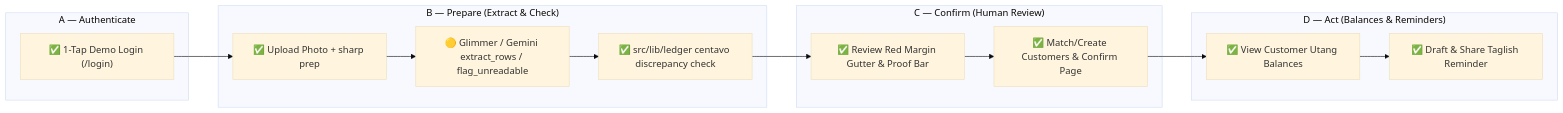
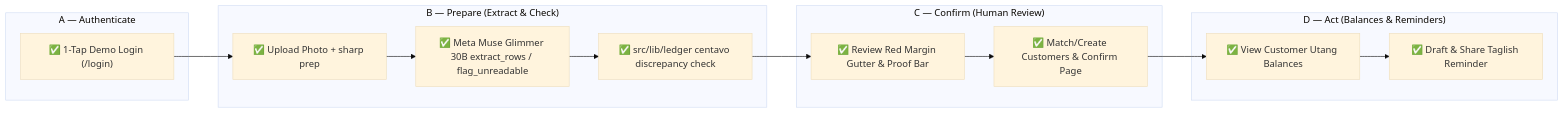
The second of 5 diagrams in docs/flow.md (ejay-detera/talaan), drawn with Mermaid (base theme) before and after one commit. The commit also changed other lines of this file and 30 other files, not shown here.

Commit message:
refactor: retire gemini fallback and standardize documentation for meta muse glimmer 30b

````diff
--- a/docs/flow.md
+++ b/docs/flow.md
@@ -44,20 +44,20 @@
 ```mermaid
 flowchart LR
   subgraph A ["A — Authenticate"]
     A1["✅ 1-Tap Demo Login (/login)"]
   end
   subgraph B ["B — Prepare (Extract & Check)"]
     B1["✅ Upload Photo + sharp prep"]
-    B2["🟡 Glimmer / Gemini extract_rows / flag_unreadable"]
+    B2["✅ Meta Muse Glimmer 30B extract_rows / flag_unreadable"]
     B3["✅ src/lib/ledger centavo discrepancy check"]
   end
   subgraph C ["C — Confirm (Human Review)"]
     C1["✅ Review Red Margin Gutter & Proof Bar"]
     C2["✅ Match/Create Customers & Confirm Page"]
   end
   subgraph D ["D — Act (Balances & Reminders)"]
     D1["✅ View Customer Utang Balances"]
     D2["✅ Draft & Share Taglish Reminder"]
   end
   A1 --> B1 --> B2 --> B3 --> C1 --> C2 --> D1 --> D2
 ```
````
